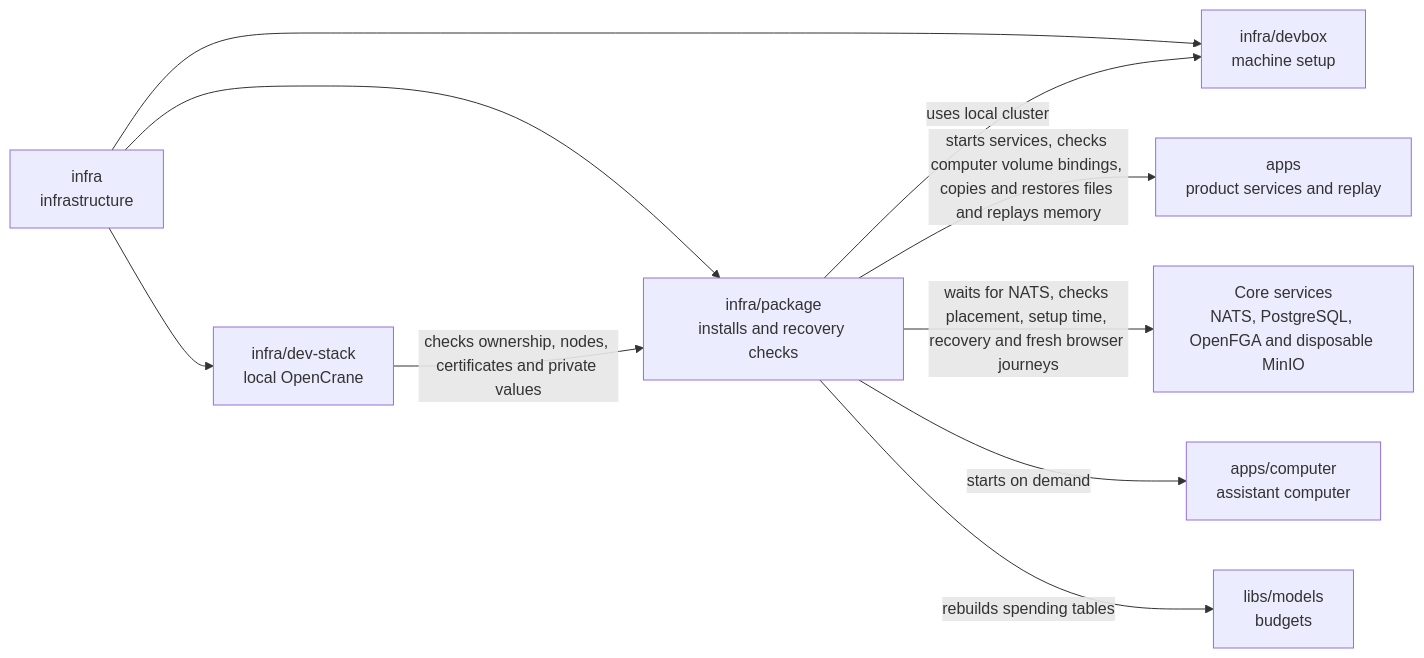
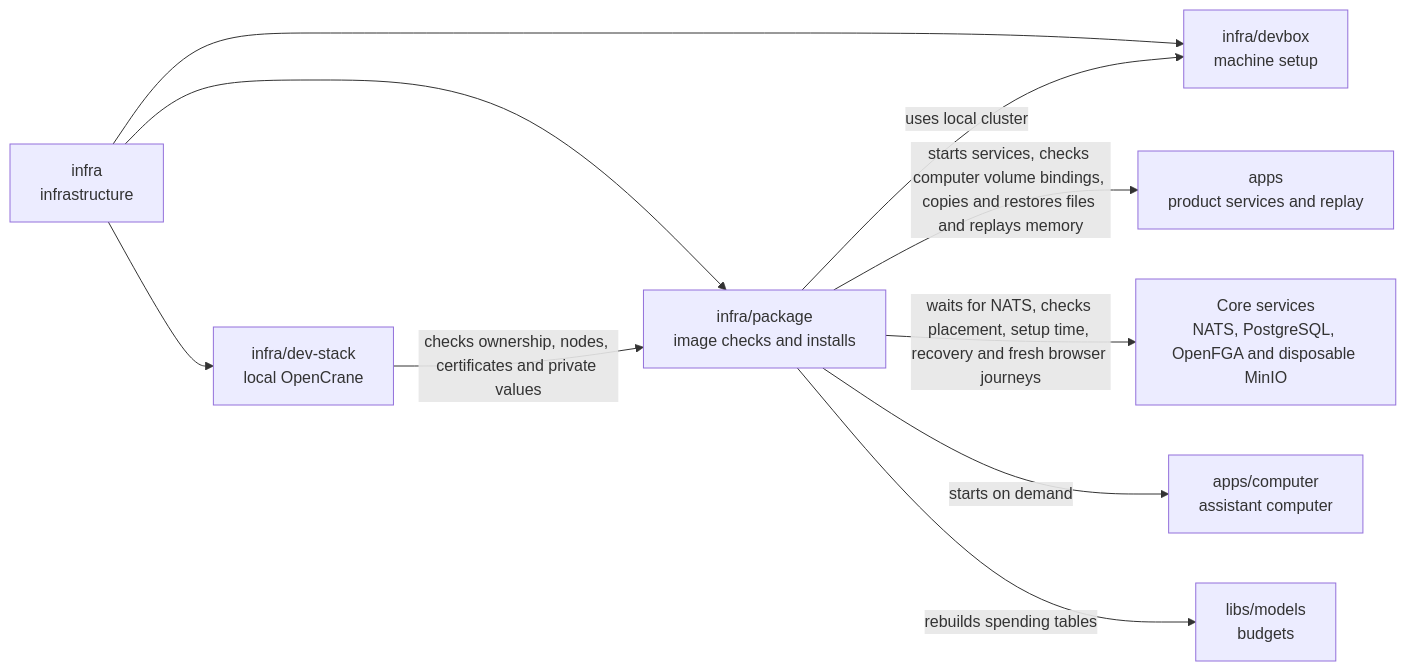
One commit to elewa-git/opencrane-new changed the diagram in infra/package/README.md. Above: the diagram before and after it, drawn with Mermaid. The commit also changed other lines of this file and 9 other files, not shown here.

First line of the commit message:
📦 Package image promotion requires source and complete shipped-layer evidence with OSI licences (#750)

````diff
--- a/infra/package/README.md
+++ b/infra/package/README.md
@@ -19,12 +19,12 @@
 ```mermaid
 flowchart LR
-  infra["infra<br/>infrastructure"] --> package["infra/package<br/>installs and recovery checks"]
+  infra["infra<br/>infrastructure"] --> package["infra/package<br/>image checks and installs"]
   infra --> stack["infra/dev-stack<br/>local OpenCrane"]
   infra --> devbox["infra/devbox<br/>machine setup"]
   stack -->|checks ownership, nodes, certificates and private values| package
   package -->|uses local cluster| devbox
   package -->|starts services, checks computer volume bindings, copies and restores files and replays memory| apps["apps<br/>product services and replay"]
   package -->|waits for NATS, checks placement, setup time, recovery and fresh browser journeys| services["Core services<br/>NATS, PostgreSQL, OpenFGA and disposable MinIO"]
   package -->|starts on demand| computer["apps/computer<br/>assistant computer"]
   package -->|rebuilds spending tables| models["libs/models<br/>budgets"]
 ```
````
